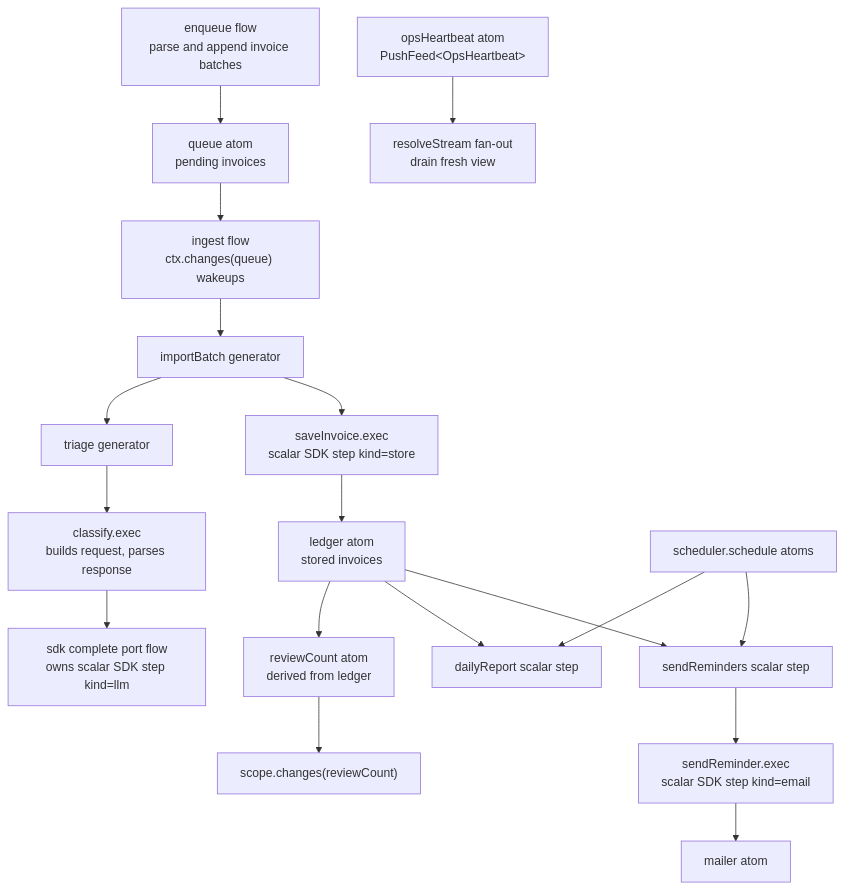
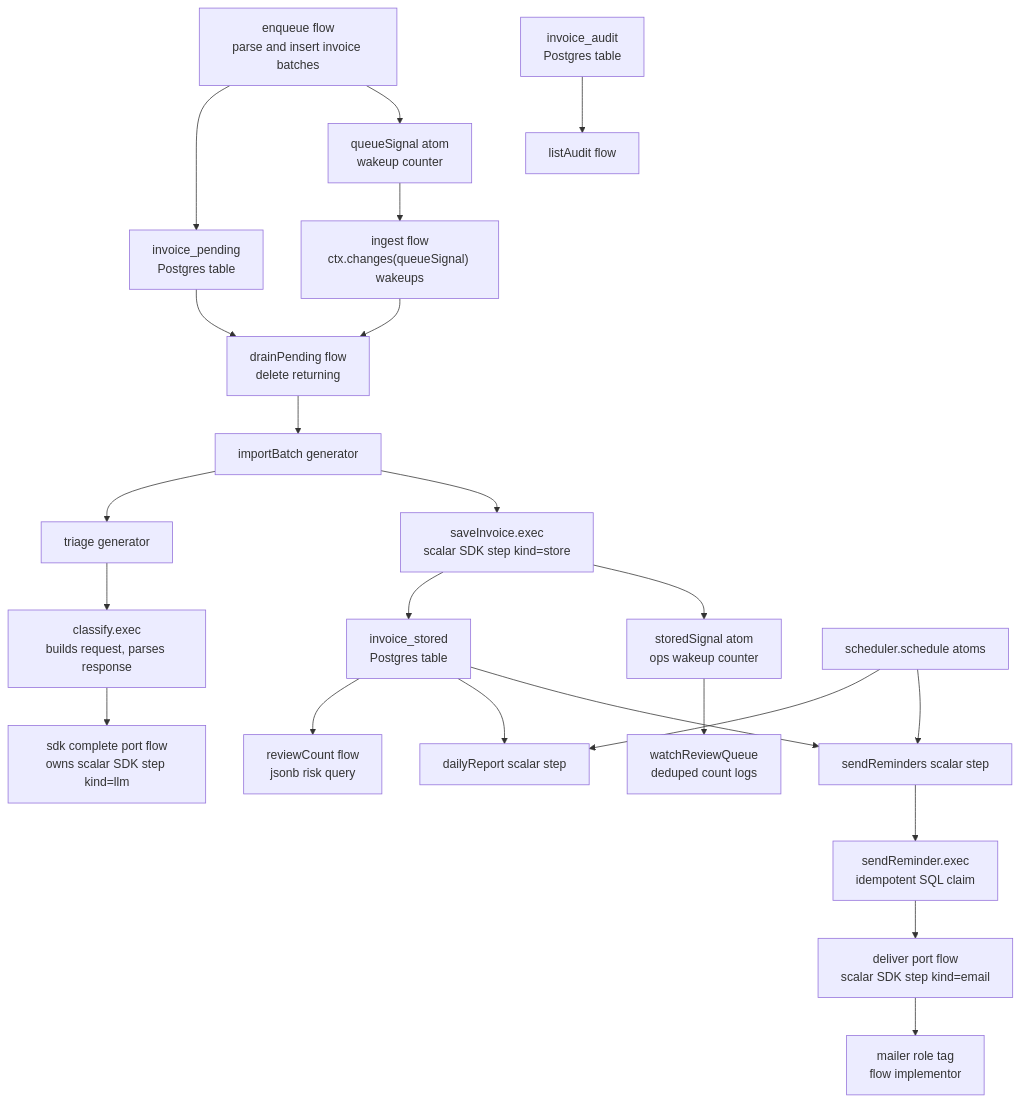
Before and after one commit to pumped-fn/pumped-fn: the diagram in examples/invoice-triage/README.md, drawn with Mermaid. The commit also changed other lines of this file and 25 other files, not shown here.

````diff
--- a/examples/invoice-triage/README.md
+++ b/examples/invoice-triage/README.md
@@ -18,20 +18,25 @@
 ```mermaid
 flowchart TD
-  Producer["enqueue flow<br/>parse and append invoice batches"] --> Queue["queue atom<br/>pending invoices"]
-  Queue --> Ingest["ingest flow<br/>ctx.changes(queue) wakeups"]
-  Ingest --> Import["importBatch generator"]
+  Producer["enqueue flow<br/>parse and insert invoice batches"] --> Pending["invoice_pending<br/>Postgres table"]
+  Producer --> QueueSignal["queueSignal atom<br/>wakeup counter"]
+  QueueSignal --> Ingest["ingest flow<br/>ctx.changes(queueSignal) wakeups"]
+  Pending --> Drain["drainPending flow<br/>delete returning"]
+  Ingest --> Drain
+  Drain --> Import["importBatch generator"]
   Import --> Triage["triage generator"]
   Triage --> Classify["classify.exec<br/>builds request, parses response"]
   Classify --> Complete["sdk complete port flow<br/>owns scalar SDK step kind=llm"]
   Import --> Save["saveInvoice.exec<br/>scalar SDK step kind=store"]
-  Save --> Ledger["ledger atom<br/>stored invoices"]
-  Ledger --> Review["reviewCount atom<br/>derived from ledger"]
-  Review --> Ops["scope.changes(reviewCount)"]
-  Heartbeat["opsHeartbeat atom<br/>PushFeed&lt;OpsHeartbeat&gt;"] --> Views["resolveStream fan-out<br/>drain fresh view"]
+  Save --> Stored["invoice_stored<br/>Postgres table"]
+  Save --> StoredSignal["storedSignal atom<br/>ops wakeup counter"]
+  Stored --> Review["reviewCount flow<br/>jsonb risk query"]
+  StoredSignal --> Ops["watchReviewQueue<br/>deduped count logs"]
+  Audit["invoice_audit<br/>Postgres table"] --> OpsTrail["listAudit flow"]
   Scheduler["scheduler.schedule atoms"] --> Report["dailyReport scalar step"]
   Scheduler --> Reminders["sendReminders scalar step"]
-  Reminders --> SendOne["sendReminder.exec<br/>scalar SDK step kind=email"]
-  SendOne --> Mailer["mailer atom"]
-  Ledger --> Report
-  Ledger --> Reminders
+  Reminders --> SendOne["sendReminder.exec<br/>idempotent SQL claim"]
+  SendOne --> Deliver["deliver port flow<br/>scalar SDK step kind=email"]
+  Deliver --> Mailer["mailer role tag<br/>flow implementor"]
+  Stored --> Report
+  Stored --> Reminders
 ```
````
